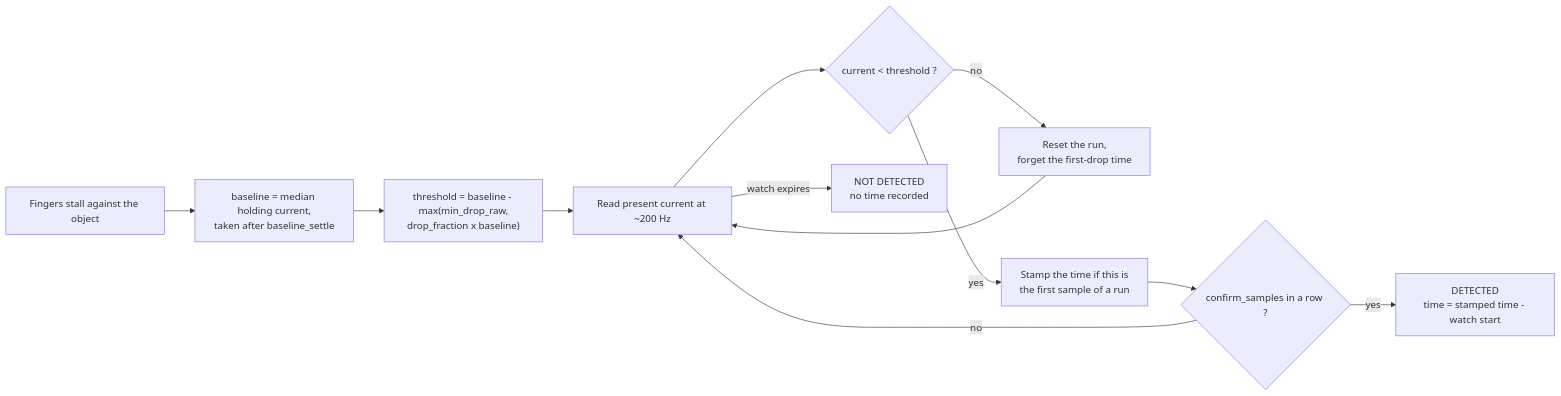
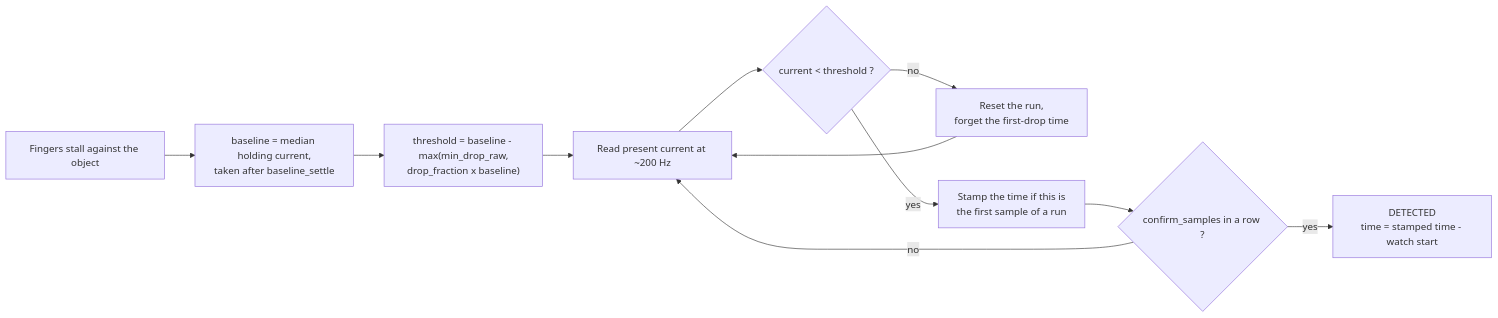
The fourth of 5 diagrams in README.md (MrRox1337/GripSense), drawn with Mermaid before and after one commit. The commit also changed other lines of this file, not shown here.

````diff
--- a/README.md
+++ b/README.md
@@ -398,21 +267,19 @@
 ```mermaid
 flowchart LR
     A["Fingers stall against the object"]
     B["baseline = median holding current,<br/>taken after baseline_settle"]
     C["threshold = baseline - max(min_drop_raw,<br/>drop_fraction x baseline)"]
     D["Read present current at ~200 Hz"]
     E{"current < threshold ?"}
     F["Reset the run,<br/>forget the first-drop time"]
     G["Stamp the time if this is<br/>the first sample of a run"]
     H{"confirm_samples in a row ?"}
     I["DETECTED<br/>time = stamped time - watch start"]
-    J["NOT DETECTED<br/>no time recorded"]
 
     A --> B --> C --> D --> E
     E -- "no" --> F
     F --> D
     E -- "yes" --> G --> H
     H -- "no" --> D
     H -- "yes" --> I
-    D -- "watch expires" --> J
 ```
````
